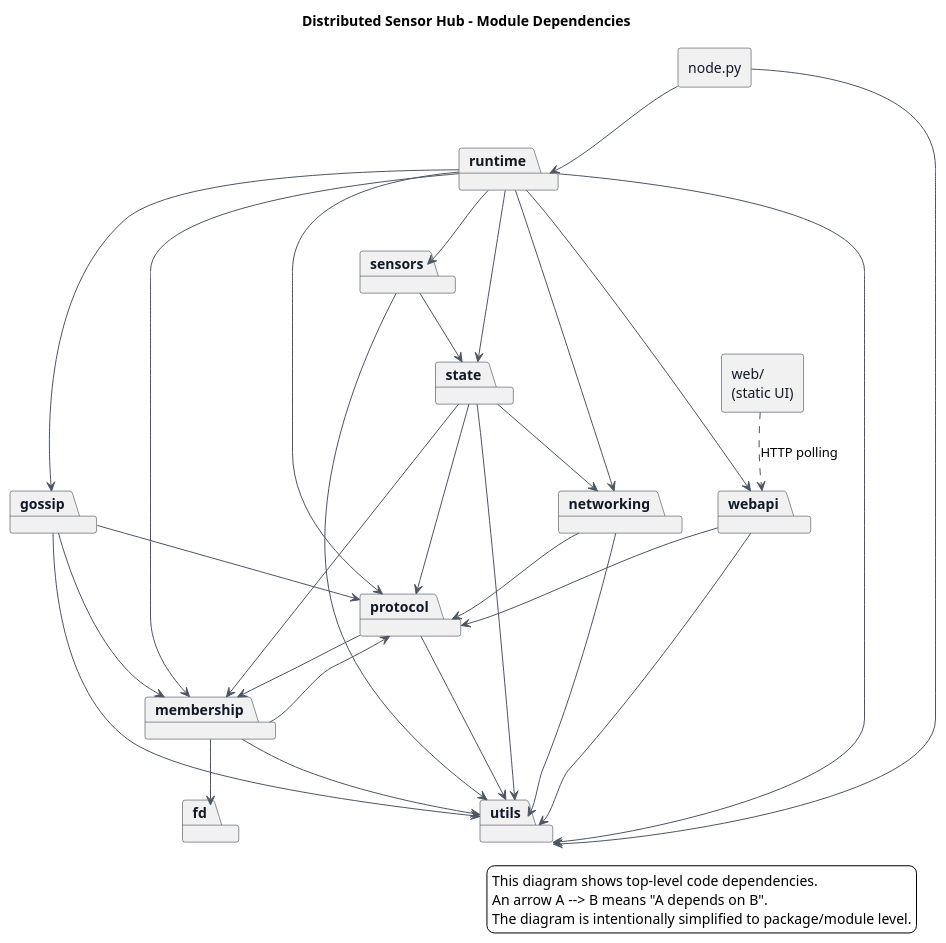
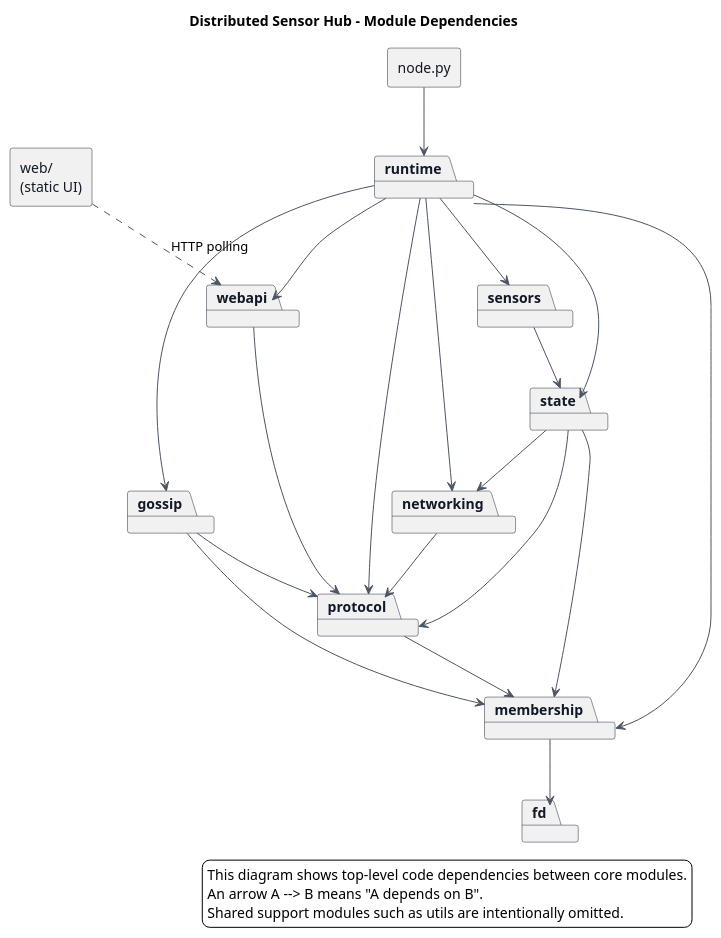
Before and after one commit to AlexSantini10/distributed-sensor-hub: the diagram in docs/module-dependencies.puml, drawn with PlantUML. The commit also changed 3 other files, not shown here.

Commit message:
refactor: :recycle: decouple membership from protocol and simplify module diagram

```diff
--- a/docs/module-dependencies.puml
+++ b/docs/module-dependencies.puml
@@ -1,73 +1,62 @@
 @startuml
 title Distributed Sensor Hub - Module Dependencies
 
 skinparam backgroundColor white
 skinparam shadowing false
 skinparam packageStyle rectangle
 skinparam componentStyle rectangle
 skinparam ArrowColor #4B5563
 skinparam PackageBorderColor #1F2937
 skinparam PackageFontColor #111827
 skinparam ComponentBorderColor #1F2937
 skinparam ComponentFontColor #111827
 
 legend right
-  This diagram shows top-level code dependencies.
+  This diagram shows top-level code dependencies between core modules.
   An arrow A --> B means "A depends on B".
-  The diagram is intentionally simplified to package/module level.
+  Shared support modules such as utils are intentionally omitted.
 endlegend
 
 component "node.py" as node
 
 package "runtime" as runtime
 package "protocol" as protocol
 package "networking" as networking
 package "membership" as membership
 package "fd" as fd
 package "gossip" as gossip
 package "state" as state
 package "sensors" as sensors
 package "webapi" as webapi
-package "utils" as utils
 component "web/\n(static UI)" as web
 
 node --> runtime
-node --> utils
 
 runtime --> networking
 runtime --> protocol
 runtime --> membership
 runtime --> gossip
 runtime --> sensors
 runtime --> state
 runtime --> webapi
-runtime --> utils
 
 protocol --> membership
-protocol --> utils
 
 networking --> protocol
-networking --> utils
 
 membership --> fd
-membership --> protocol
-membership --> utils
 
 gossip --> membership
 gossip --> protocol
-gossip --> utils
 
 state --> membership
 state --> networking
 state --> protocol
-state --> utils
 
 sensors --> state
-sensors --> utils
 
 webapi --> protocol
-webapi --> utils
 
 web ..> webapi : HTTP polling
 
 @enduml
```
